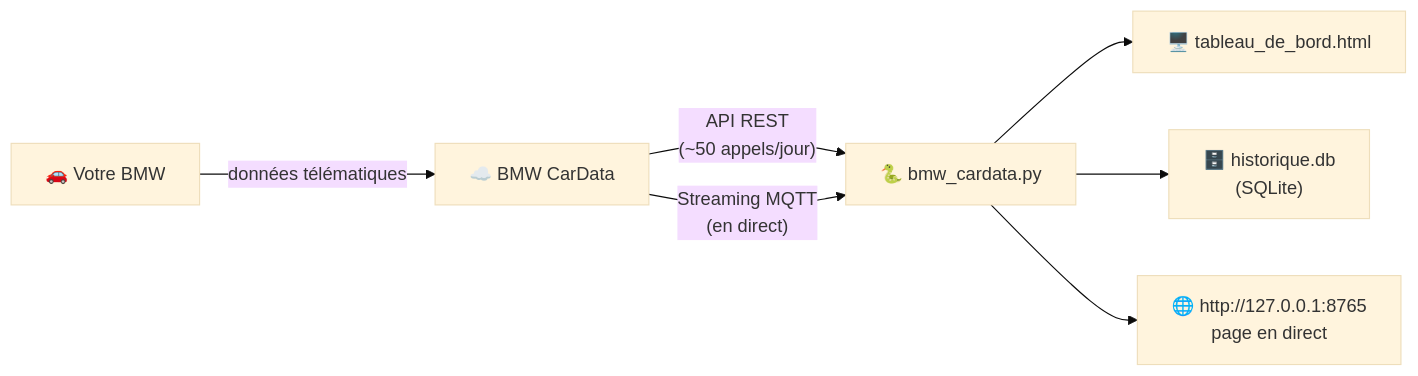
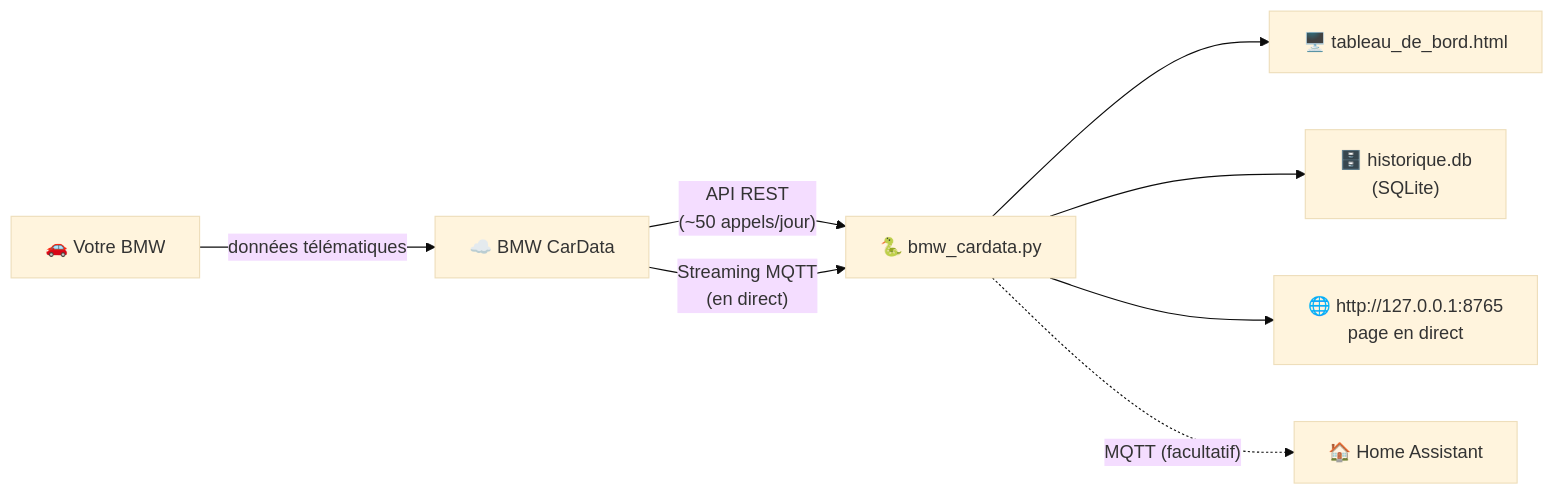
One commit to Teddy57600/bmw-cardata-dashboard changed the diagram in README.md. Above: the diagram before and after it, drawn with Mermaid (base theme). The commit also changed other lines of this file and 1 other file, not shown here.

First line of the commit message:
Home Assistant : publication des valeurs du flux par MQTT, avec découverte

````diff
--- a/README.md
+++ b/README.md
@@ -142,9 +146,10 @@
 ```mermaid
 flowchart LR
     V["🚗 Votre BMW"] -- "données télématiques" --> B["☁️ BMW CarData"]
     B -- "API REST<br/>(~50 appels/jour)" --> S["🐍 bmw_cardata.py"]
     B -- "Streaming MQTT<br/>(en direct)" --> S
     S --> H["🖥️ tableau_de_bord.html"]
     S --> D["🗄️ historique.db<br/>(SQLite)"]
     S --> L["🌐 http://127.0.0.1:8765<br/>page en direct"]
+    S -. "MQTT (facultatif)" .-> HA["🏠 Home Assistant"]
 ```
````
